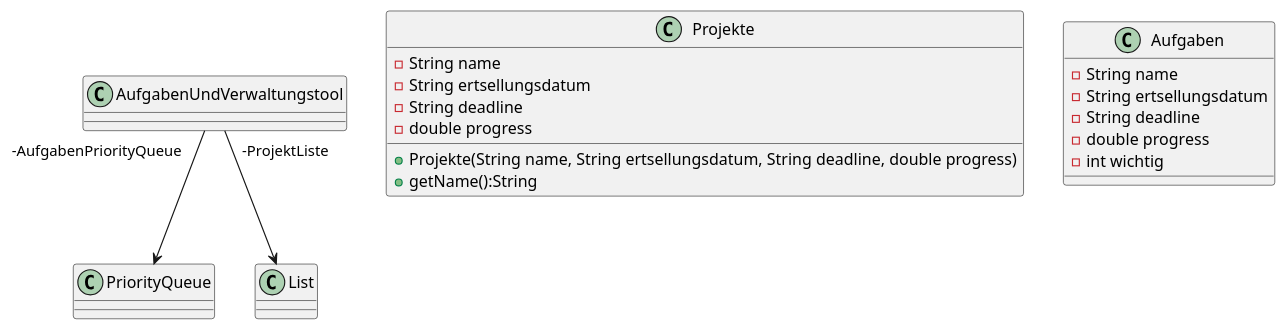
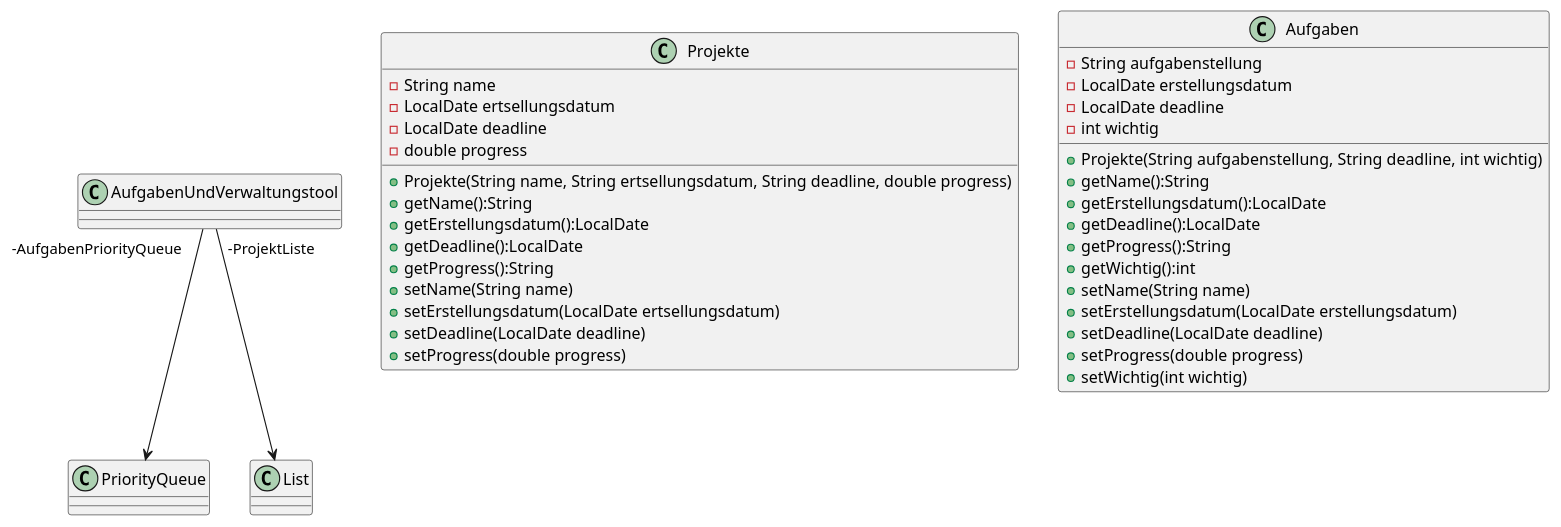
The diagram in src/AufgabenUndProjektverwaltungstool.puml (rueckertgym/Aufgaben_und_Projektverwaltung_Hannan_Hannah), drawn with PlantUML before and after one commit. The commit also changed 4 other files, not shown here.

Commit message:
Klasse "Aufgaben" implementiert und weiter am UML- diagramm gearbeitet

```diff
--- a/src/AufgabenUndProjektverwaltungstool.puml
+++ b/src/AufgabenUndProjektverwaltungstool.puml
@@ -1,34 +1,51 @@
 @startuml
 'https://plantuml.com/class-diagram
 
 class AufgabenUndVerwaltungstool
 class Projekte
 class Aufgaben
-
 class AufgabenUndVerwaltungstool{
 
 }
 
 class Projekte{
     -String name
-    -String ertsellungsdatum
-    -String deadline
+    -LocalDate ertsellungsdatum
+    -LocalDate deadline
     -double progress
 
     +Projekte(String name, String ertsellungsdatum, String deadline, double progress)
     +getName():String
+    +getErstellungsdatum():LocalDate
+    +getDeadline():LocalDate
+    +getProgress():String
+    +setName(String name)
+    +setErstellungsdatum(LocalDate ertsellungsdatum)
+    +setDeadline(LocalDate deadline)
+    +setProgress(double progress)
 
 }
 
 class Aufgaben{
-    -String name
-    -String ertsellungsdatum
-    -String deadline
-    -double progress
+    -String aufgabenstellung
+    -LocalDate erstellungsdatum
+    -LocalDate deadline
     -int wichtig
+
+    +Projekte(String aufgabenstellung, String deadline, int wichtig)
+    +getName():String
+    +getErstellungsdatum():LocalDate
+    +getDeadline():LocalDate
+    +getProgress():String
+    +getWichtig():int
+    +setName(String name)
+    +setErstellungsdatum(LocalDate erstellungsdatum)
+    +setDeadline(LocalDate deadline)
+    +setProgress(double progress)
+    +setWichtig(int wichtig)
 }
 
 
-AufgabenUndVerwaltungstool " -AufgabenPriorityQueue" --> PriorityQueue
-AufgabenUndVerwaltungstool " -ProjektListe" --> List
+AufgabenUndVerwaltungstool "-AufgabenPriorityQueue" --> PriorityQueue
+AufgabenUndVerwaltungstool "-ProjektListe" --> List
 @enduml
```
